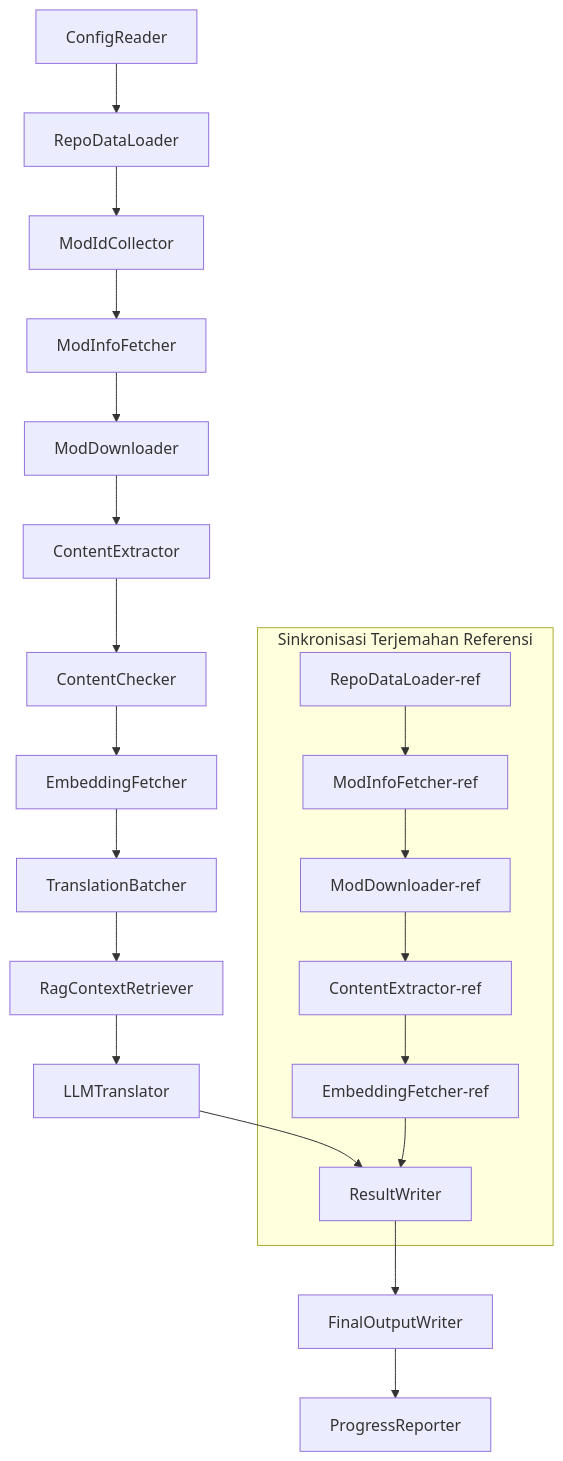
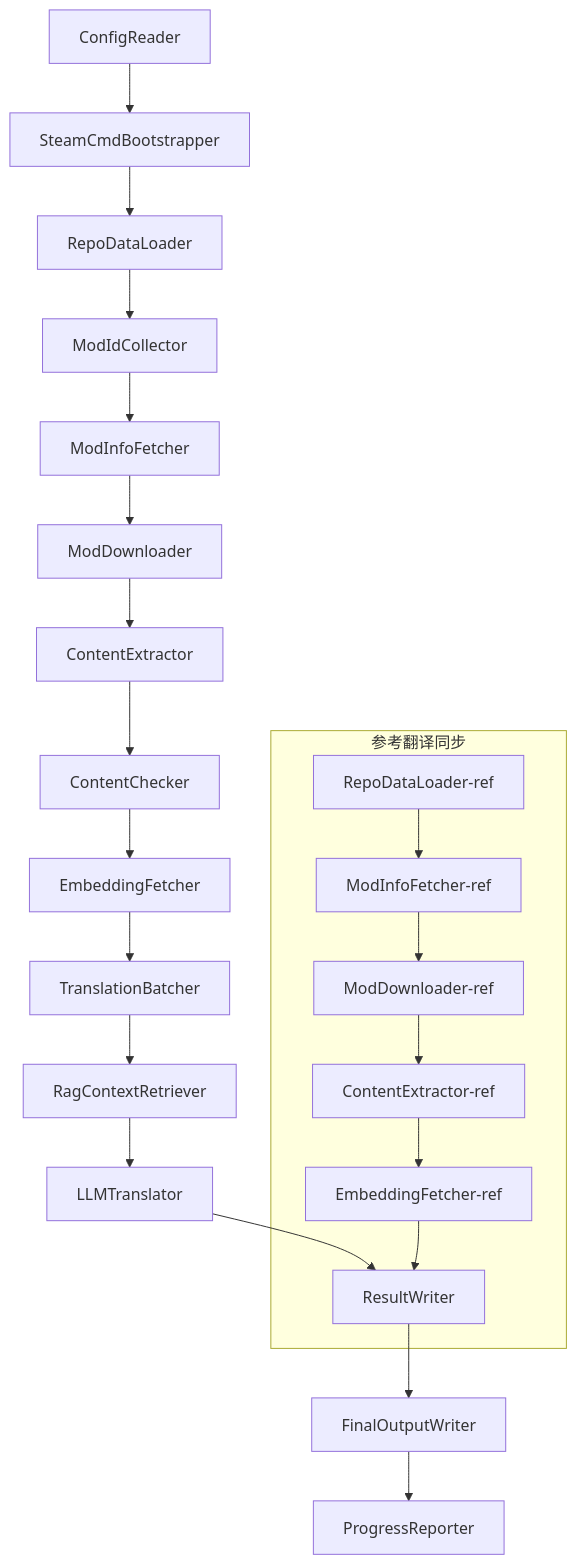
The diagram in docs/technical_reference/technical_reference_id.md (PZProjectBabel/project_babel), drawn with Mermaid before and after one commit. The commit also changed other lines of this file and 79 other files, not shown here.

````diff
--- a/docs/technical_reference/technical_reference_id.md
+++ b/docs/technical_reference/technical_reference_id.md
@@ -96,24 +125,25 @@
 ```mermaid
 flowchart TD
-    A[ConfigReader] --> B[RepoDataLoader]
-    B --> C[ModIdCollector]
-    C --> D[ModInfoFetcher]
-    D --> E[ModDownloader]
-    E --> F[ContentExtractor]
-    F --> G[ContentChecker]
-    G --> H[EmbeddingFetcher]
-    H --> I[TranslationBatcher]
-    I --> J[RagContextRetriever]
-    J --> K[LLMTranslator]
-    K --> L[ResultWriter]
-    L --> M[FinalOutputWriter]
-    M --> N[ProgressReporter]
+  A[ConfigReader] --> B[SteamCmdBootstrapper]
+  B --> C[RepoDataLoader]
+  C --> D[ModIdCollector]
+  D --> E[ModInfoFetcher]
+  E --> F[ModDownloader]
+  F --> G[ContentExtractor]
+  G --> H[ContentChecker]
+  H --> I[EmbeddingFetcher]
+  I --> J[TranslationBatcher]
+  J --> K[RagContextRetriever]
+  K --> L[LLMTranslator]
+  L --> M[ResultWriter]
+  M --> N[FinalOutputWriter]
+  N --> O[ProgressReporter]
 
-    subgraph Sinkronisasi Terjemahan Referensi
-        B2[RepoDataLoader-ref] --> D2[ModInfoFetcher-ref]
-        D2 --> E2[ModDownloader-ref]
-        E2 --> F2[ContentExtractor-ref]
-        F2 --> H2[EmbeddingFetcher-ref]
-        H2 --> L
+    subgraph 参考翻译同步
+        C2[RepoDataLoader-ref] --> E2[ModInfoFetcher-ref]
+        E2 --> F2[ModDownloader-ref]
+        F2 --> G2[ContentExtractor-ref]
+        G2 --> I2[EmbeddingFetcher-ref]
+        I2 --> M
     end
 ```
````
